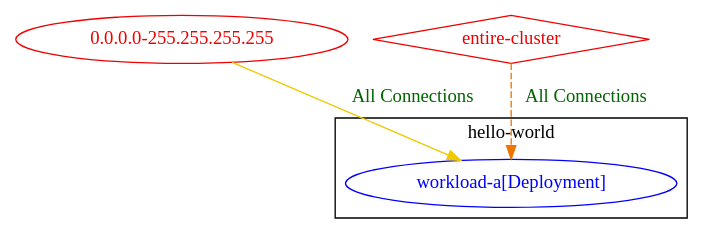
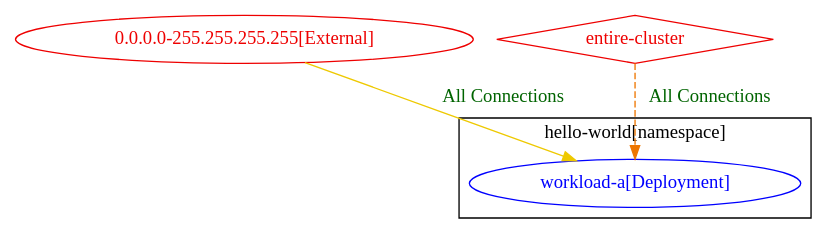
The diagram in test_outputs/connlist/exposure_allow_ingress_deny_egress_test_exposure_output.dot (np-guard/netpol-analyzer), drawn with Graphviz before and after one commit. The commit also changed 1442 other files, not shown here.

```diff
--- a/test_outputs/connlist/exposure_allow_ingress_deny_egress_test_exposure_output.dot
+++ b/test_outputs/connlist/exposure_allow_ingress_deny_egress_test_exposure_output.dot
@@ -1,12 +1,12 @@
 digraph {
-	subgraph "cluster_hello_world" {
+	subgraph "cluster_hello_world[namespace]" {
 		color="black"
 		fontcolor="black"
 		"hello-world/workload-a[Deployment]" [label="workload-a[Deployment]" color="blue" fontcolor="blue"]
-		label="hello-world"
+		label="hello-world[namespace]"
 	}
-	"0.0.0.0-255.255.255.255" [label="0.0.0.0-255.255.255.255" color="red2" fontcolor="red2"]
+	"0.0.0.0-255.255.255.255[External]" [label="0.0.0.0-255.255.255.255[External]" color="red2" fontcolor="red2"]
 	"entire-cluster" [label="entire-cluster" color="red2" fontcolor="red2" shape=diamond]
-	"0.0.0.0-255.255.255.255" -> "hello-world/workload-a[Deployment]" [label="All Connections" color="gold2" fontcolor="darkgreen" weight=0.5]
+	"0.0.0.0-255.255.255.255[External]" -> "hello-world/workload-a[Deployment]" [label="All Connections" color="gold2" fontcolor="darkgreen" weight=0.5]
 	"entire-cluster" -> "hello-world/workload-a[Deployment]" [label="All Connections" color="darkorange2" fontcolor="darkgreen" weight=1 style=dashed]
 }
```
